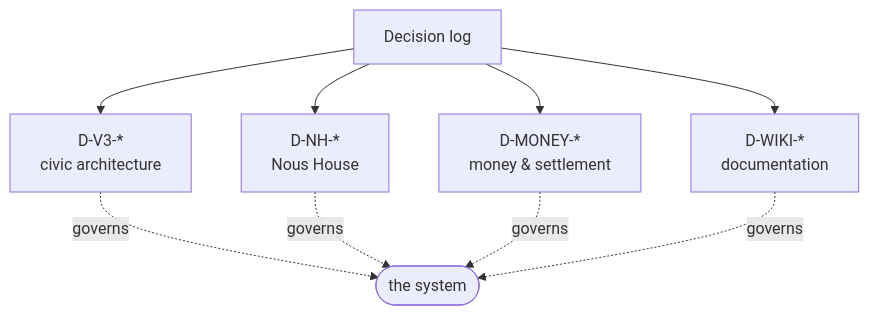
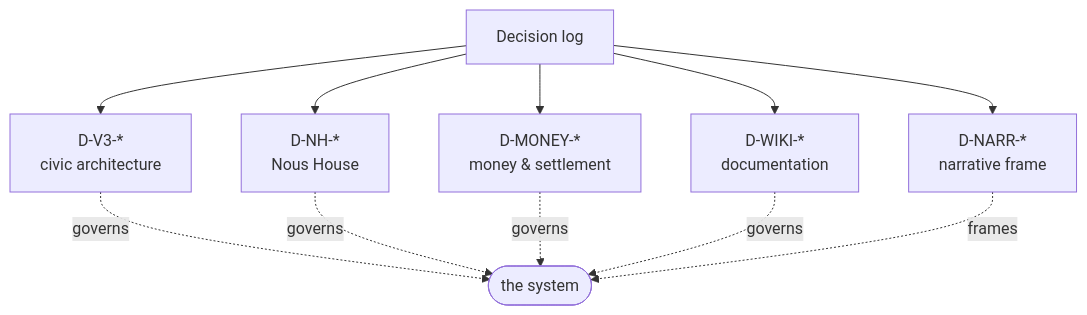
Before and after one commit to ASKKPOP/Noesis: the diagram in wiki/1-design/decisions.md, drawn with Mermaid. The commit also changed other lines of this file and 15 other files, not shown here.

First line of the commit message:
docs(narrative): adopt cosmological narrative spine (D-NARR-01)

````diff
--- a/wiki/1-design/decisions.md
+++ b/wiki/1-design/decisions.md
@@ -15,11 +15,13 @@
 ```mermaid
 flowchart TD
   DEC[Decision log] --> V3[D-V3-*<br/>civic architecture]
   DEC --> NH[D-NH-*<br/>Nous House]
   DEC --> MON[D-MONEY-*<br/>money & settlement]
   DEC --> WK[D-WIKI-*<br/>documentation]
+  DEC --> NAR[D-NARR-*<br/>narrative frame]
   V3 -. governs .-> SYS([the system])
   NH -. governs .-> SYS
   MON -. governs .-> SYS
   WK -. governs .-> SYS
+  NAR -. frames .-> SYS
 ```
````
